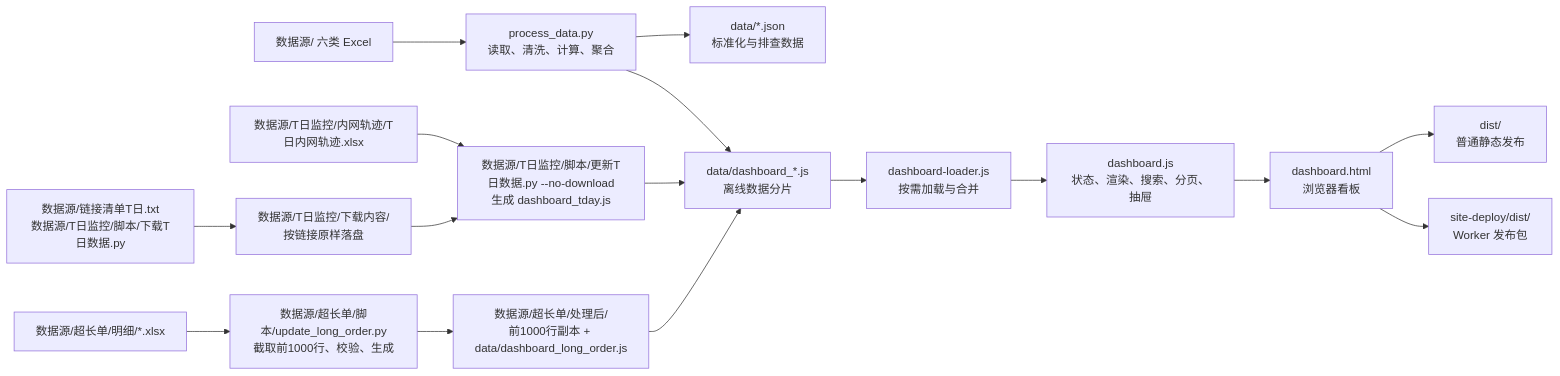
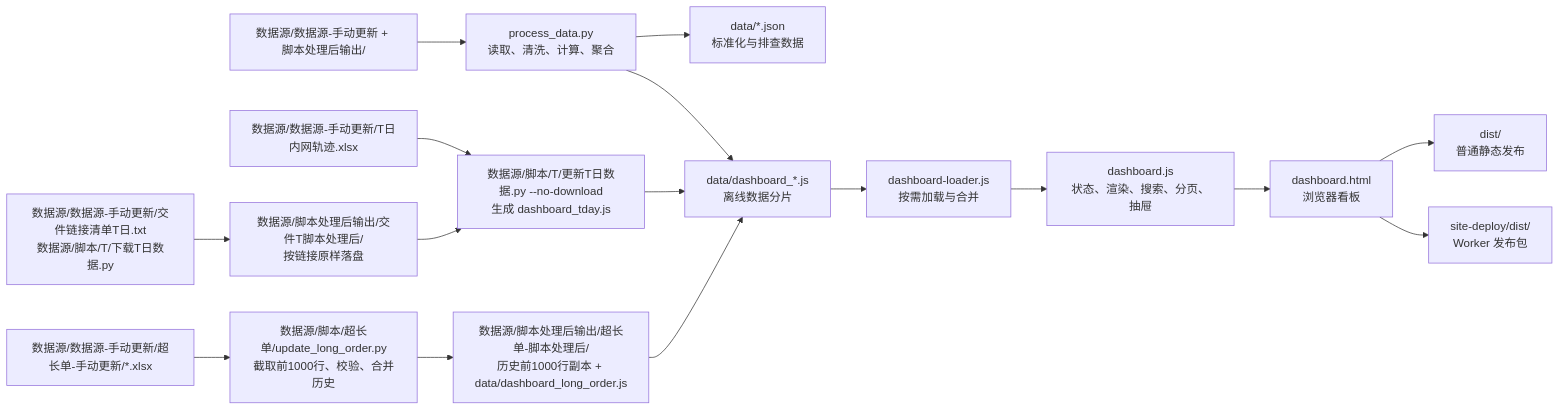
One commit to vito-xia/jiaojian changed the diagram in 项目交接文档.md. Above: the diagram before and after it, drawn with Mermaid. The commit also changed other lines of this file and 25 other files, not shown here.

````diff
--- a/项目交接文档.md
+++ b/项目交接文档.md
@@ -64,18 +64,18 @@
 ```mermaid
 flowchart LR
-    A["数据源/ 六类 Excel"] --> B["process_data.py<br/>读取、清洗、计算、聚合"]
-    T["数据源/链接清单T日.txt<br/>数据源/T日监控/脚本/下载T日数据.py"] --> U["数据源/T日监控/下载内容/<br/>按链接原样落盘"]
-    X["数据源/T日监控/内网轨迹/T日内网轨迹.xlsx"] --> V
-    U --> V["数据源/T日监控/脚本/更新T日数据.py --no-download<br/>生成 dashboard_tday.js"]
+    A["数据源/数据源-手动更新 + 脚本处理后输出/"] --> B["process_data.py<br/>读取、清洗、计算、聚合"]
+    T["数据源/数据源-手动更新/交件链接清单T日.txt<br/>数据源/脚本/T/下载T日数据.py"] --> U["数据源/脚本处理后输出/交件T脚本处理后/<br/>按链接原样落盘"]
+    X["数据源/数据源-手动更新/T日内网轨迹.xlsx"] --> V
+    U --> V["数据源/脚本/T/更新T日数据.py --no-download<br/>生成 dashboard_tday.js"]
     B --> C["data/*.json<br/>标准化与排查数据"]
     B --> D["data/dashboard_*.js<br/>离线数据分片"]
     V --> D
-    LO["数据源/超长单/明细/*.xlsx"] --> LP["数据源/超长单/脚本/update_long_order.py<br/>截取前1000行、校验、生成"]
-    LP --> LD["数据源/超长单/处理后/<br/>前1000行副本 + data/dashboard_long_order.js"]
+    LO["数据源/数据源-手动更新/超长单-手动更新/*.xlsx"] --> LP["数据源/脚本/超长单/update_long_order.py<br/>截取前1000行、校验、合并历史"]
+    LP --> LD["数据源/脚本处理后输出/超长单-脚本处理后/<br/>历史前1000行副本 + data/dashboard_long_order.js"]
     LD --> D
     D --> E["dashboard-loader.js<br/>按需加载与合并"]
     E --> F["dashboard.js<br/>状态、渲染、搜索、分页、抽屉"]
     F --> G["dashboard.html<br/>浏览器看板"]
     G --> H["dist/<br/>普通静态发布"]
     G --> I["site-deploy/dist/<br/>Worker 发布包"]
 ```
````
